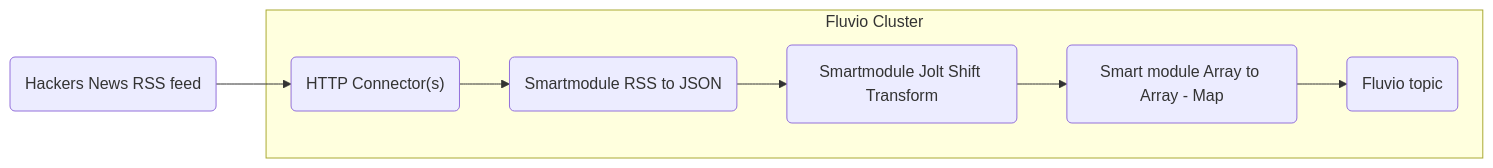
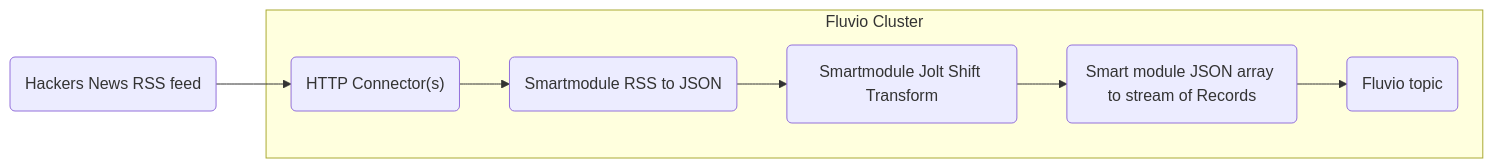
Before and after one commit to infinyon/streaming-hacker-news: the diagram in README.md, drawn with Mermaid.

````diff
--- a/README.md
+++ b/README.md
@@ -3,17 +3,17 @@
 ```mermaid
 graph LR;
 
 feed("Hackers News RSS feed")
 http("HTTP Connector(s)")
 rss_json("Smartmodule RSS to JSON")
 jolt("Smartmodule Jolt Shift Transform")
-array-map("Smart module Array to Array - Map")
+array-map("Smart module JSON array to stream of Records")
 topic("Fluvio topic")
 
 subgraph fc[Fluvio Cluster]
 
 http -->rss_json-->jolt-->array-map--> topic
 end
 feed --> http
 
 ```
````
